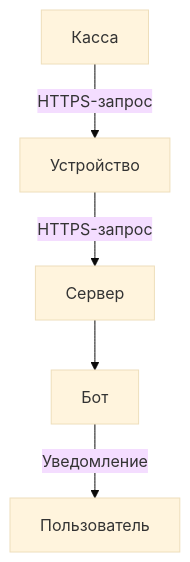
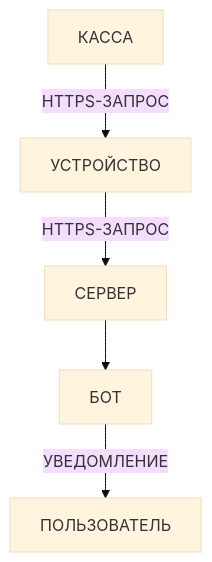
Before and after one commit to kopanevr/ProjectX: the diagram in README.md, drawn with Mermaid (base theme).

Commit message:
temporary

````diff
--- a/README.md
+++ b/README.md
@@ -66,7 +66,7 @@
 ```mermaid
-graph TD
-    Касса -->|HTTPS-запрос| Устройство
-    Устройство -->|HTTPS-запрос| Сервер
-    Сервер --> Бот
-    Бот -->|Уведомление| Пользователь
+graph TD;
+    КАССА -->|HTTPS-ЗАПРОС| УСТРОЙСТВО;
+    УСТРОЙСТВО -->|HTTPS-ЗАПРОС| СЕРВЕР;
+    СЕРВЕР --> БОТ;
+    БОТ -->|УВЕДОМЛЕНИЕ| ПОЛЬЗОВАТЕЛЬ;
 ```
````
